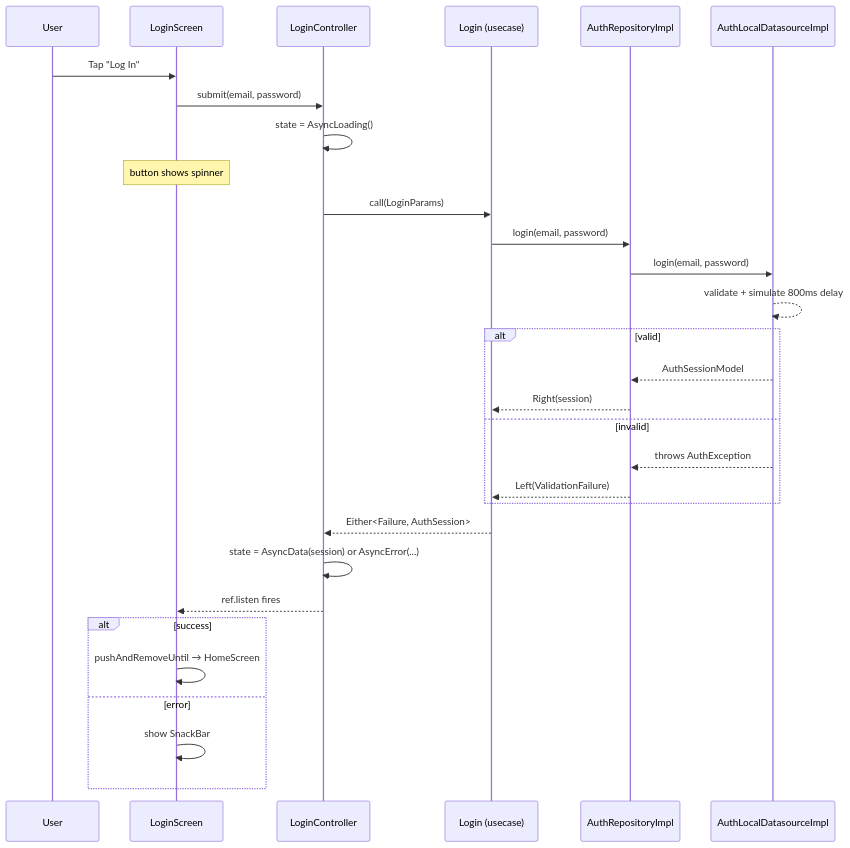
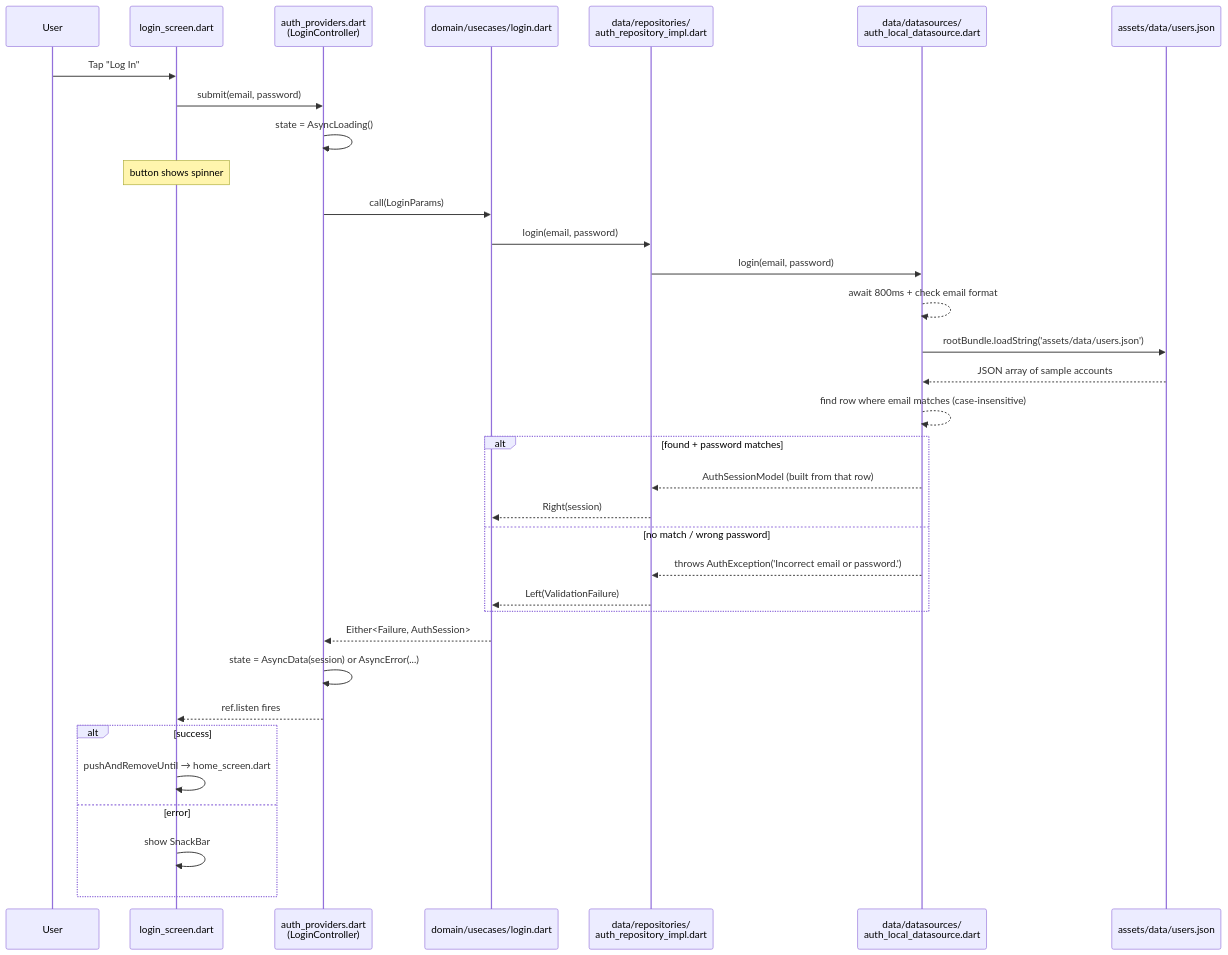
One commit to malindu-asc/Libra changed the third of 4 diagrams in ARCHITECTURE.md. Above: the diagram before and after it, drawn with Mermaid. The commit also changed other lines of this file and 16 other files, not shown here.

Commit message:
Add: auth domain/presentaion/data layers and configure the registration and login

````diff
--- a/ARCHITECTURE.md
+++ b/ARCHITECTURE.md
@@ -89,33 +121,37 @@
 ```mermaid
 sequenceDiagram
     participant U as User
-    participant S as LoginScreen
-    participant C as LoginController
-    participant UC as Login (usecase)
-    participant R as AuthRepositoryImpl
-    participant D as AuthLocalDatasourceImpl
+    participant S as login_screen.dart
+    participant C as auth_providers.dart<br/>(LoginController)
+    participant UC as domain/usecases/login.dart
+    participant R as data/repositories/<br/>auth_repository_impl.dart
+    participant D as data/datasources/<br/>auth_local_datasource.dart
+    participant J as assets/data/users.json
 
     U->>S: Tap "Log In"
     S->>C: submit(email, password)
     C->>C: state = AsyncLoading()
     Note over S: button shows spinner
     C->>UC: call(LoginParams)
     UC->>R: login(email, password)
     R->>D: login(email, password)
-    D-->>D: validate + simulate 800ms delay
-    alt valid
-        D-->>R: AuthSessionModel
+    D-->>D: await 800ms + check email format
+    D->>J: rootBundle.loadString('assets/data/users.json')
+    J-->>D: JSON array of sample accounts
+    D-->>D: find row where email matches (case-insensitive)
+    alt found + password matches
+        D-->>R: AuthSessionModel (built from that row)
         R-->>UC: Right(session)
-    else invalid
-        D-->>R: throws AuthException
+    else no match / wrong password
+        D-->>R: throws AuthException('Incorrect email or password.')
         R-->>UC: Left(ValidationFailure)
     end
     UC-->>C: Either<Failure, AuthSession>
     C->>C: state = AsyncData(session) or AsyncError(...)
     C-->>S: ref.listen fires
     alt success
-        S->>S: pushAndRemoveUntil → HomeScreen
+        S->>S: pushAndRemoveUntil → home_screen.dart
     else error
         S->>S: show SnackBar
     end
 ```
````
